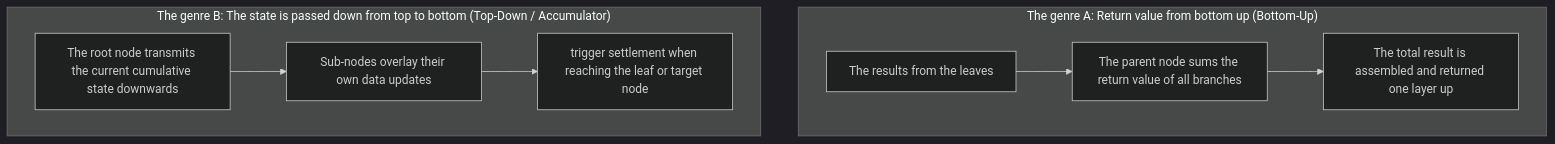
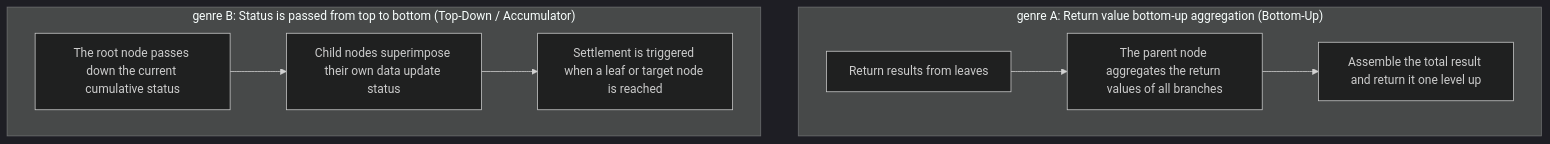
One commit to easonlines2007/easonlin-blog changed the diagram in src/content/translations/en/notes/cs61a/lecture-14.md. Above: the diagram before and after it, drawn with Mermaid (dark theme). The commit also changed other lines of this file and 158 other files, not shown here.

````diff
--- a/src/content/translations/en/notes/cs61a/lecture-14.md
+++ b/src/content/translations/en/notes/cs61a/lecture-14.md
@@ -238,12 +599,12 @@
 ```mermaid
 graph TD
-    subgraph "The genre A: Return value from bottom up (Bottom-Up)"
-        A1["The results from the leaves"] --> A2["The parent node sums the return value of all branches"]
-        A2 --> A3["The total result is assembled and returned one layer up"]
+    subgraph importedGroup0["genre A: Return value bottom-up aggregation (Bottom-Up)"]
+        A1["Return results from leaves"] --> A2["The parent node aggregates the return values of all branches"]
+        A2 --> A3["Assemble the total result and return it one level up"]
     end
 
-    subgraph "The genre B: The state is passed down from top to bottom (Top-Down / Accumulator)"
-        B1["The root node transmits the current cumulative state downwards"] --> B2["Sub-nodes overlay their own data updates"]
-        B2 --> B3["trigger settlement when reaching the leaf or target node"]
+    subgraph importedGroup1["genre B: Status is passed from top to bottom (Top-Down / Accumulator)"]
+        B1["The root node passes down the current cumulative status"] --> B2["Child nodes superimpose their own data update status"]
+        B2 --> B3["Settlement is triggered when a leaf or target node is reached"]
     end
 ```
````
